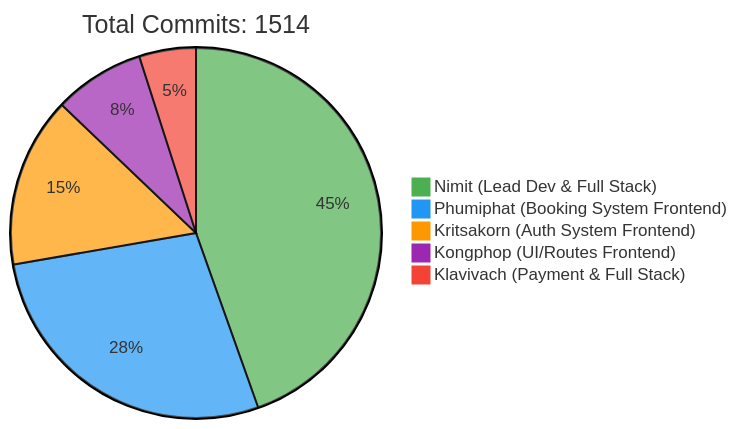
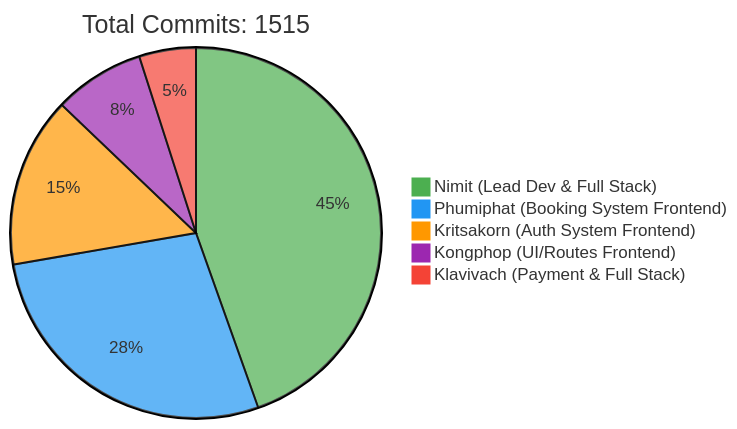
The first of 2 diagrams in README.md (6531503042/Sport-Complex), drawn with Mermaid before and after one commit. The commit also changed other lines of this file, not shown here.

Commit message:
docs: Update contributor statistics [skip ci]

````diff
--- a/README.md
+++ b/README.md
@@ -257,10 +257,10 @@
 ```mermaid
 %%{init: {'theme': 'base', 'themeVariables': { 'pie1': '#4CAF50', 'pie2': '#2196F3', 'pie3': '#FF9800', 'pie4': '#9C27B0', 'pie5': '#F44336'}}}%%
 pie
-    title Total Commits: 1514
+    title Total Commits: 1515
     "Nimit (Lead Dev & Full Stack)" : 450
     "Phumiphat (Booking System Frontend)" : 280
     "Kritsakorn (Auth System Frontend)" : 150
     "Kongphop (UI/Routes Frontend)" : 80
     "Klavivach (Payment & Full Stack)" : 50
 ```
````
